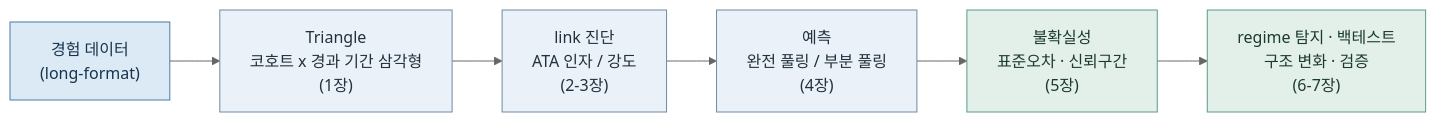
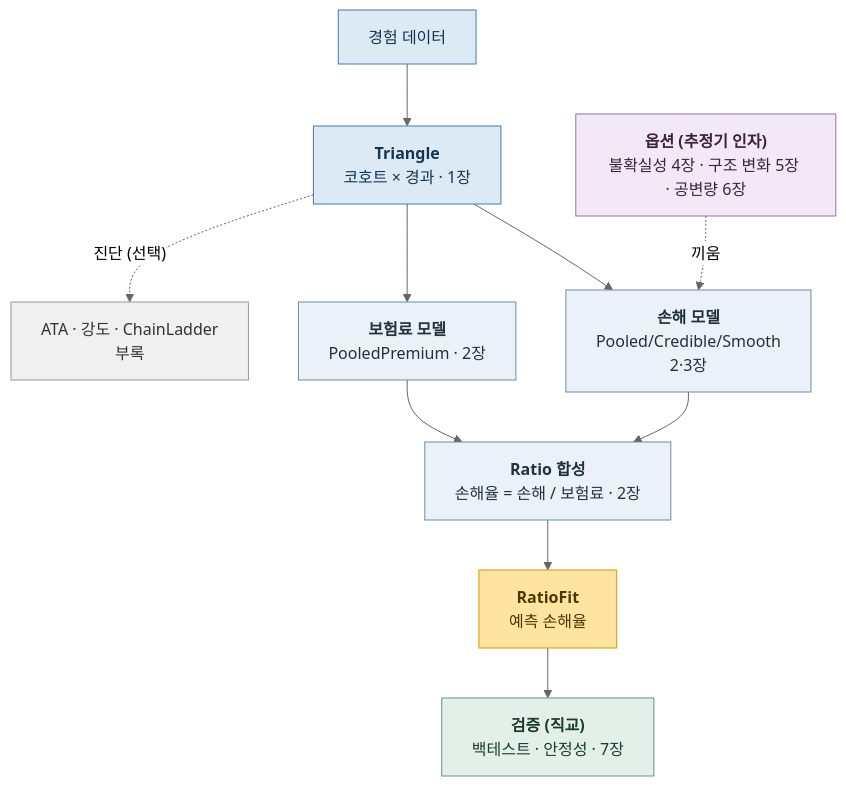
The diagram in docs/tutorial/index.md (seokhoonj/lossratio), drawn with Mermaid (neutral theme) before and after one commit. The commit also changed other lines of this file, not shown here.

````diff
--- a/docs/tutorial/index.md
+++ b/docs/tutorial/index.md
@@ -19,15 +23,24 @@
 ```{mermaid}
-flowchart LR
-  A["경험 데이터<br/>(long-format)"] --> B["Triangle<br/>코호트 x 경과 기간 삼각형<br/>(1장)"]
-  B --> C["link 진단<br/>ATA 인자 / 강도<br/>(2-3장)"]
-  C --> D["예측<br/>완전 풀링 / 부분 풀링<br/>(4장)"]
-  D --> E["불확실성<br/>표준오차 · 신뢰구간<br/>(5장)"]
-  E --> F["regime 탐지 · 백테스트<br/>구조 변화 · 검증<br/>(6-7장)"]
+flowchart TB
+  A["경험 데이터"] --> T["<b>Triangle</b><br/>코호트 × 경과 · 1장"]
+  T --> LM["<b>손해 모델</b><br/>Pooled/Credible/Smooth<br/>2·3장"]
+  T --> PM["<b>보험료 모델</b><br/>PooledPremium · 2장"]
+  LM --> R["<b>Ratio 합성</b><br/>손해율 = 손해 / 보험료 · 2장"]
+  PM --> R
+  R --> RF["<b>RatioFit</b><br/>예측 손해율"]
+  OPT["<b>옵션 (추정기 인자)</b><br/>불확실성 4장 · 구조 변화 5장 · 공변량 6장"] -. 끼움 .-> LM
+  T -. 진단 (선택) .-> DIAG["ATA · 강도 · ChainLadder<br/>부록"]
+  RF --> V["<b>검증 (직교)</b><br/>백테스트 · 안정성 · 7장"]
   classDef data fill:#dceaf6,stroke:#4a7ba6,color:#16344e
-  classDef estimate fill:#eaf1f8,stroke:#6f8ca3,color:#22313c
+  classDef model fill:#eaf1f8,stroke:#6f8ca3,color:#22313c
+  classDef result fill:#ffe3a0,stroke:#cf9b00,color:#4a3800
+  classDef opt fill:#f3e8f6,stroke:#9b6fa6,color:#3c223c
   classDef validate fill:#e3f0e9,stroke:#5a9b86,color:#1c3a2e
-  classDef current fill:#ffe3a0,stroke:#cf9b00,color:#4a3800,stroke-width:2.5px
-  class A data
-  class B,C,D estimate
-  class E,F validate
+  classDef aux fill:#f0f0f0,stroke:#999,color:#333
+  class A,T data
+  class LM,PM,R model
+  class RF result
+  class OPT opt
+  class V validate
+  class DIAG aux
 ```
````
